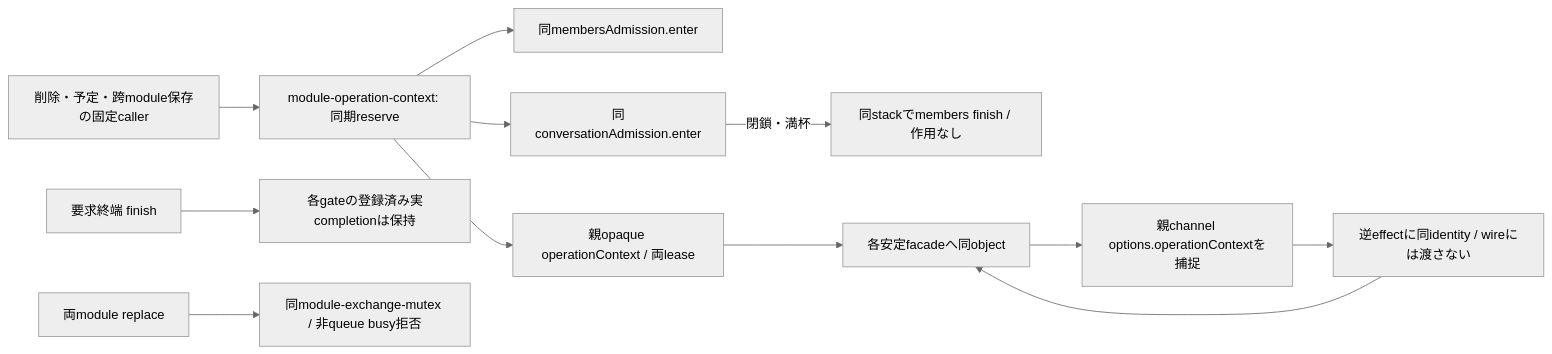
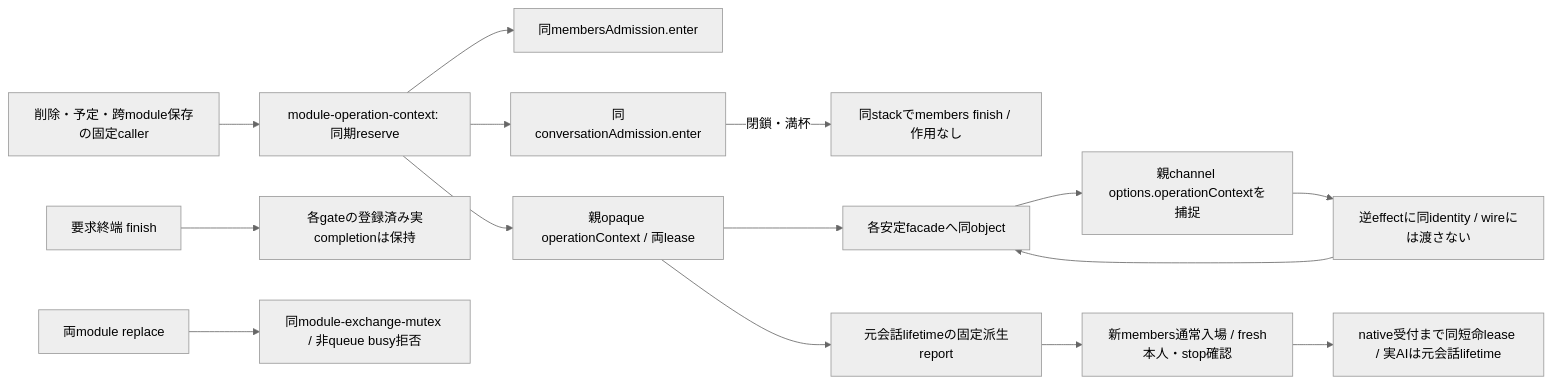
Before and after one commit to kitepon/BellTeam: diagram 18 of 23 in docs/architecture/modules/integration/README.md, drawn with Mermaid (neutral theme). The commit also changed other lines of this file, not shown here.

````diff
--- a/docs/architecture/modules/integration/README.md
+++ b/docs/architecture/modules/integration/README.md
@@ -372,14 +372,17 @@
 ```mermaid
 flowchart LR
   Caller[削除・予定・跨module保存の固定caller] --> Reserve[module-operation-context: 同期reserve]
   Reserve --> Members[同membersAdmission.enter]
   Reserve --> Conversation[同conversationAdmission.enter]
   Conversation -->|閉鎖・満杯| Release[同stackでmembers finish / 作用なし]
   Reserve --> Context[親opaque operationContext / 両lease]
   Context --> Facade[各安定facadeへ同object]
   Facade --> Channel[親channel options.operationContextを捕捉]
   Channel --> Effect[逆effectに同identity / wireには渡さない]
   Effect --> Facade
   Done[要求終端 finish] --> Completion[各gateの登録済み実completionは保持]
+  Context --> Report[元会話lifetimeの固定派生report]
+  Report --> Fresh[新members通常入場 / fresh本人・stop確認]
+  Fresh --> Accepted[native受付まで同短命lease / 実AIは元会話lifetime]
   Replace[両module replace] --> Mutex[同module-exchange-mutex / 非queue busy拒否]
 ```
````
